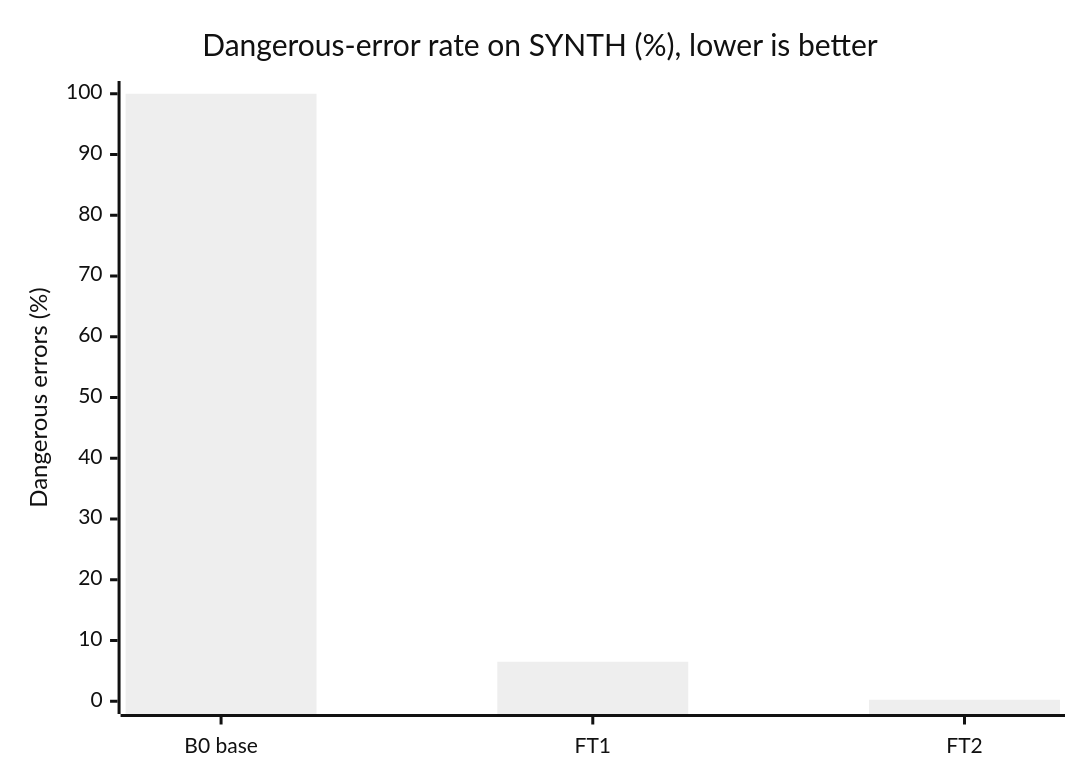
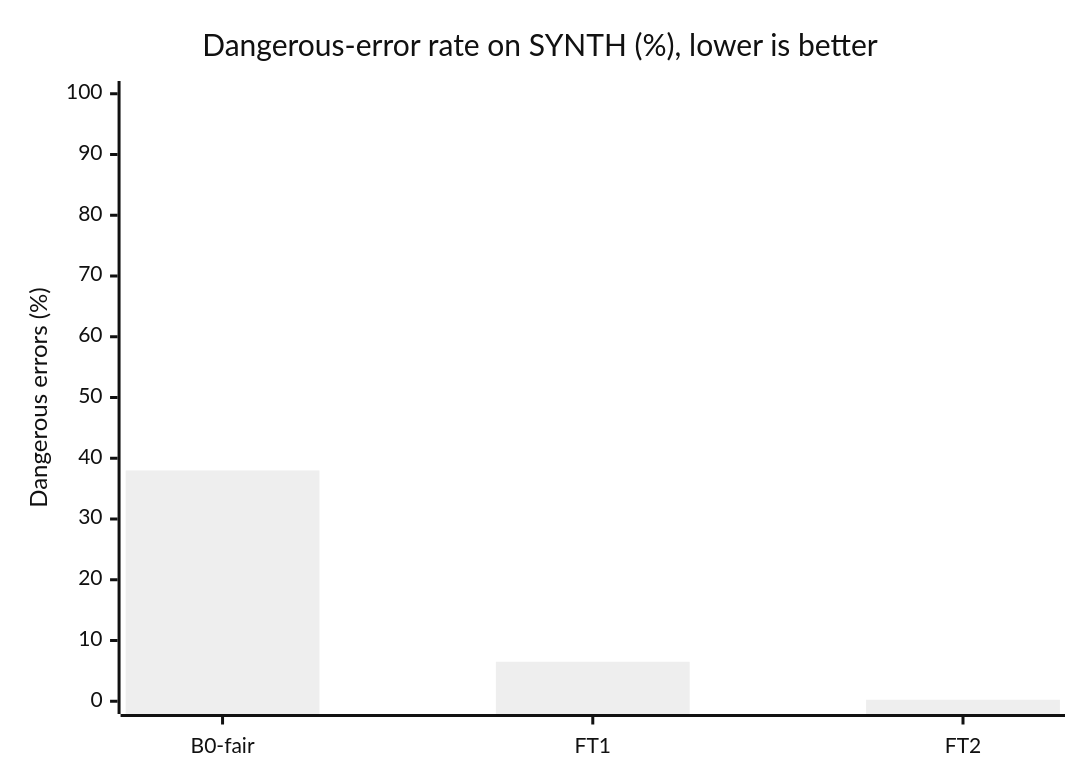
The fourth of 4 diagrams in eval/results.md (Vedant817/aaji-pill-clerk), drawn with Mermaid (neutral theme) before and after one commit. The commit also changed other lines of this file and 9 other files, not shown here.

````diff
--- a/eval/results.md
+++ b/eval/results.md
@@ -120,7 +122,7 @@
 ```mermaid
 xychart-beta
     title "Dangerous-error rate on SYNTH (%), lower is better"
-    x-axis ["B0 base", "FT1", "FT2"]
+    x-axis ["B0-fair", "FT1", "FT2"]
     y-axis "Dangerous errors (%)" 0 --> 100
-    bar [100, 6.5, 0.25]
+    bar [38, 6.5, 0.25]
 ```
````
